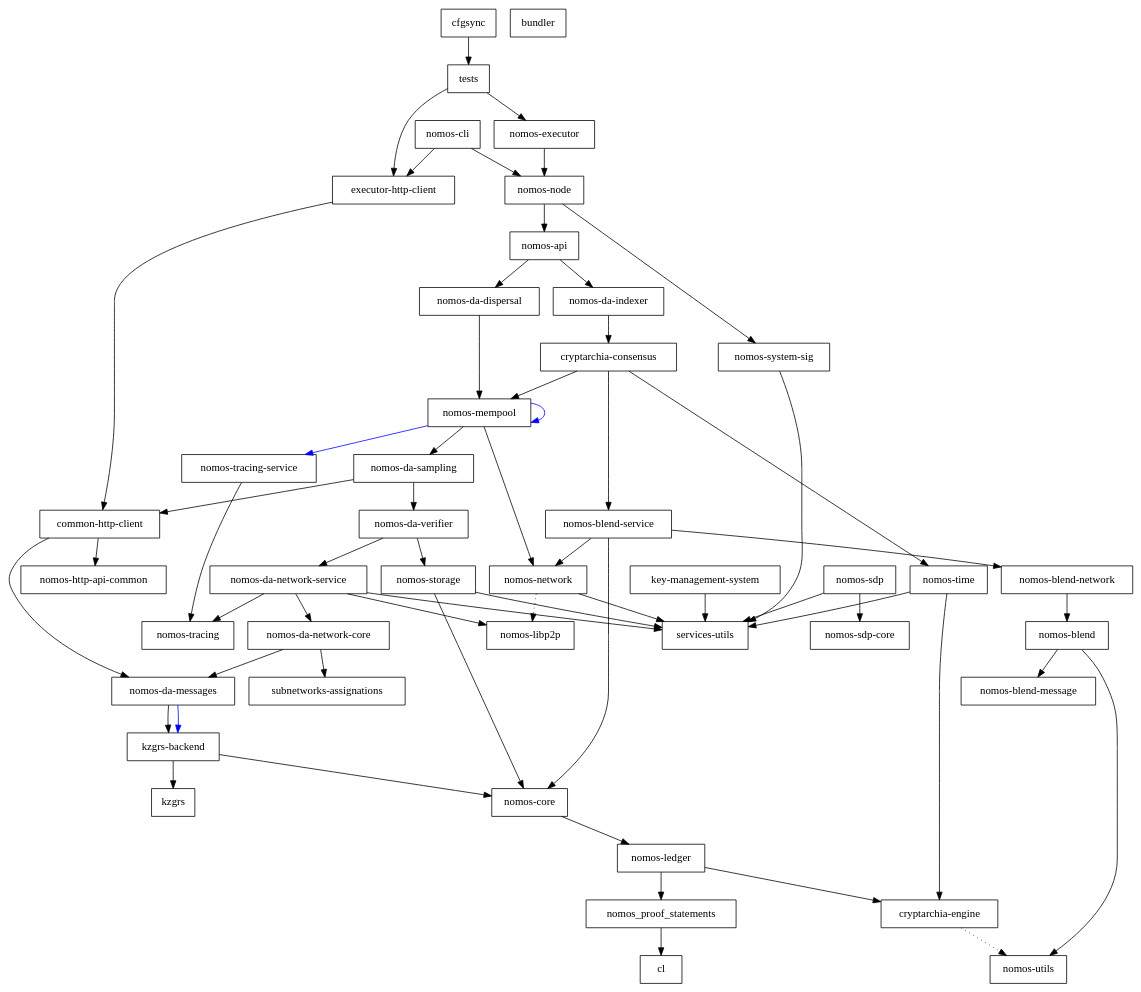
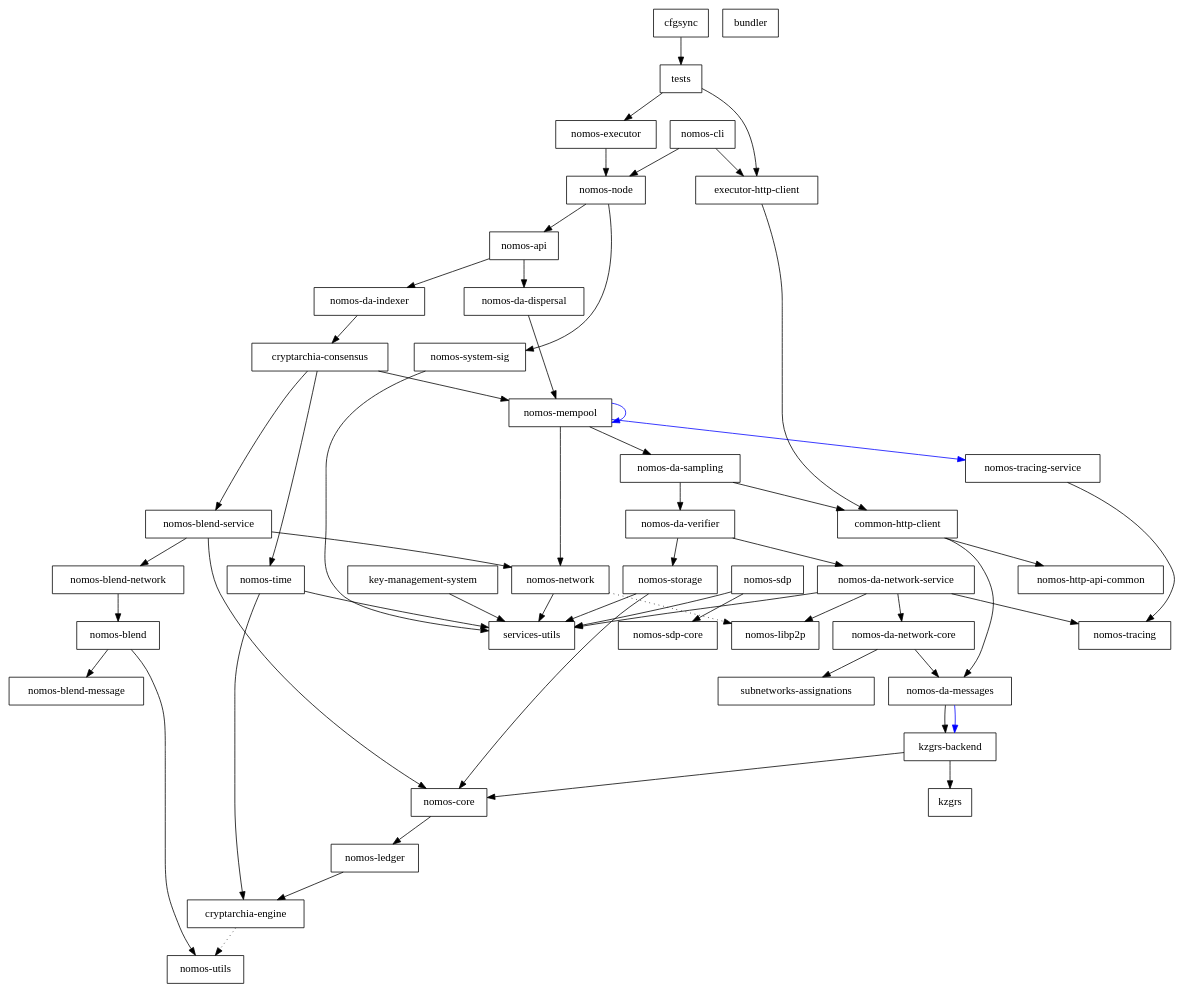
Before and after one commit to Astro521/logos-blockchain: the diagram in dependencies_graph.dot, drawn with Graphviz. The commit also changed 22 other files, not shown here.

```diff
--- a/dependencies_graph.dot
+++ b/dependencies_graph.dot
@@ -1,103 +1,99 @@
 digraph {
     0 [ label = "cryptarchia-engine" shape = box]
     1 [ label = "nomos-utils" shape = box]
     2 [ label = "nomos-ledger" shape = box]
-    3 [ label = "cl" shape = box]
-    4 [ label = "nomos_proof_statements" shape = box]
-    5 [ label = "nomos-http-api-common" shape = box]
-    6 [ label = "nomos-executor" shape = box]
-    7 [ label = "kzgrs-backend" shape = box]
-    8 [ label = "kzgrs" shape = box]
-    9 [ label = "nomos-core" shape = box]
-    10 [ label = "nomos-api" shape = box]
-    11 [ label = "cryptarchia-consensus" shape = box]
-    12 [ label = "nomos-blend-service" shape = box]
-    13 [ label = "nomos-blend" shape = box]
-    14 [ label = "nomos-blend-message" shape = box]
-    15 [ label = "nomos-blend-network" shape = box]
-    16 [ label = "nomos-libp2p" shape = box]
-    17 [ label = "nomos-network" shape = box]
-    18 [ label = "services-utils" shape = box]
-    19 [ label = "nomos-da-sampling" shape = box]
-    20 [ label = "common-http-client" shape = box]
-    21 [ label = "nomos-da-messages" shape = box]
-    22 [ label = "nomos-da-network-core" shape = box]
-    23 [ label = "subnetworks-assignations" shape = box]
-    24 [ label = "nomos-da-network-service" shape = box]
-    25 [ label = "nomos-tracing" shape = box]
-    26 [ label = "nomos-da-verifier" shape = box]
-    27 [ label = "nomos-storage" shape = box]
-    28 [ label = "nomos-mempool" shape = box]
-    29 [ label = "nomos-tracing-service" shape = box]
-    30 [ label = "nomos-time" shape = box]
-    31 [ label = "nomos-da-dispersal" shape = box]
-    32 [ label = "nomos-da-indexer" shape = box]
-    33 [ label = "nomos-node" shape = box]
-    34 [ label = "nomos-system-sig" shape = box]
-    35 [ label = "executor-http-client" shape = box]
-    36 [ label = "bundler" shape = box]
-    37 [ label = "nomos-cli" shape = box]
-    38 [ label = "nomos-sdp-core" shape = box]
-    39 [ label = "key-management-system" shape = box]
-    40 [ label = "nomos-sdp" shape = box]
-    41 [ label = "cfgsync" shape = box]
-    42 [ label = "tests" shape = box]
+    3 [ label = "nomos-http-api-common" shape = box]
+    4 [ label = "nomos-executor" shape = box]
+    5 [ label = "kzgrs-backend" shape = box]
+    6 [ label = "kzgrs" shape = box]
+    7 [ label = "nomos-core" shape = box]
+    8 [ label = "nomos-api" shape = box]
+    9 [ label = "cryptarchia-consensus" shape = box]
+    10 [ label = "nomos-blend-service" shape = box]
+    11 [ label = "nomos-blend" shape = box]
+    12 [ label = "nomos-blend-message" shape = box]
+    13 [ label = "nomos-blend-network" shape = box]
+    14 [ label = "nomos-libp2p" shape = box]
+    15 [ label = "nomos-network" shape = box]
+    16 [ label = "services-utils" shape = box]
+    17 [ label = "nomos-da-sampling" shape = box]
+    18 [ label = "common-http-client" shape = box]
+    19 [ label = "nomos-da-messages" shape = box]
+    20 [ label = "nomos-da-network-core" shape = box]
+    21 [ label = "subnetworks-assignations" shape = box]
+    22 [ label = "nomos-da-network-service" shape = box]
+    23 [ label = "nomos-tracing" shape = box]
+    24 [ label = "nomos-da-verifier" shape = box]
+    25 [ label = "nomos-storage" shape = box]
+    26 [ label = "nomos-mempool" shape = box]
+    27 [ label = "nomos-tracing-service" shape = box]
+    28 [ label = "nomos-time" shape = box]
+    29 [ label = "nomos-da-dispersal" shape = box]
+    30 [ label = "nomos-da-indexer" shape = box]
+    31 [ label = "nomos-node" shape = box]
+    32 [ label = "nomos-system-sig" shape = box]
+    33 [ label = "executor-http-client" shape = box]
+    34 [ label = "bundler" shape = box]
+    35 [ label = "nomos-cli" shape = box]
+    36 [ label = "nomos-sdp-core" shape = box]
+    37 [ label = "key-management-system" shape = box]
+    38 [ label = "nomos-sdp" shape = box]
+    39 [ label = "cfgsync" shape = box]
+    40 [ label = "tests" shape = box]
     0 -> 1 [ style = dotted]
     2 -> 0 [ ]
-    2 -> 4 [ ]
-    4 -> 3 [ ]
-    6 -> 33 [ ]
-    7 -> 8 [ ]
-    7 -> 9 [ ]
-    9 -> 2 [ ]
-    10 -> 31 [ ]
-    10 -> 32 [ ]
+    4 -> 31 [ ]
+    5 -> 6 [ ]
+    5 -> 7 [ ]
+    7 -> 2 [ ]
+    8 -> 29 [ ]
+    8 -> 30 [ ]
+    9 -> 10 [ ]
+    9 -> 26 [ ]
+    9 -> 28 [ ]
+    10 -> 13 [ ]
+    10 -> 7 [ ]
+    10 -> 15 [ ]
     11 -> 12 [ ]
-    11 -> 28 [ ]
-    11 -> 30 [ ]
-    12 -> 15 [ ]
-    12 -> 9 [ ]
-    12 -> 17 [ ]
-    13 -> 14 [ ]
-    13 -> 1 [ ]
-    15 -> 13 [ ]
-    17 -> 16 [ style = dotted]
+    11 -> 1 [ ]
+    13 -> 11 [ ]
+    15 -> 14 [ style = dotted]
+    15 -> 16 [ ]
     17 -> 18 [ ]
-    19 -> 20 [ ]
-    19 -> 26 [ ]
+    17 -> 24 [ ]
+    18 -> 19 [ ]
+    18 -> 3 [ ]
+    19 -> 5 [ ]
+    19 -> 5 [ color = blue]
+    20 -> 19 [ ]
     20 -> 21 [ ]
-    20 -> 5 [ ]
-    21 -> 7 [ ]
-    21 -> 7 [ color = blue]
-    22 -> 21 [ ]
+    22 -> 20 [ ]
+    22 -> 14 [ ]
     22 -> 23 [ ]
+    22 -> 16 [ ]
     24 -> 22 [ ]
-    24 -> 16 [ ]
     24 -> 25 [ ]
-    24 -> 18 [ ]
-    26 -> 24 [ ]
-    26 -> 27 [ ]
-    27 -> 9 [ ]
-    27 -> 18 [ ]
-    28 -> 19 [ ]
-    28 -> 28 [ color = blue]
-    28 -> 17 [ ]
-    28 -> 29 [ color = blue]
-    29 -> 25 [ ]
-    30 -> 0 [ ]
-    30 -> 18 [ ]
-    31 -> 28 [ ]
-    32 -> 11 [ ]
-    33 -> 10 [ ]
-    33 -> 34 [ ]
-    34 -> 18 [ ]
-    35 -> 20 [ ]
-    37 -> 35 [ ]
-    37 -> 33 [ ]
-    39 -> 18 [ ]
-    40 -> 38 [ ]
-    40 -> 18 [ ]
-    41 -> 42 [ ]
-    42 -> 35 [ ]
-    42 -> 6 [ ]
+    25 -> 7 [ ]
+    25 -> 16 [ ]
+    26 -> 17 [ ]
+    26 -> 26 [ color = blue]
+    26 -> 15 [ ]
+    26 -> 27 [ color = blue]
+    27 -> 23 [ ]
+    28 -> 0 [ ]
+    28 -> 16 [ ]
+    29 -> 26 [ ]
+    30 -> 9 [ ]
+    31 -> 8 [ ]
+    31 -> 32 [ ]
+    32 -> 16 [ ]
+    33 -> 18 [ ]
+    35 -> 33 [ ]
+    35 -> 31 [ ]
+    37 -> 16 [ ]
+    38 -> 36 [ ]
+    38 -> 16 [ ]
+    39 -> 40 [ ]
+    40 -> 33 [ ]
+    40 -> 4 [ ]
 }
```
